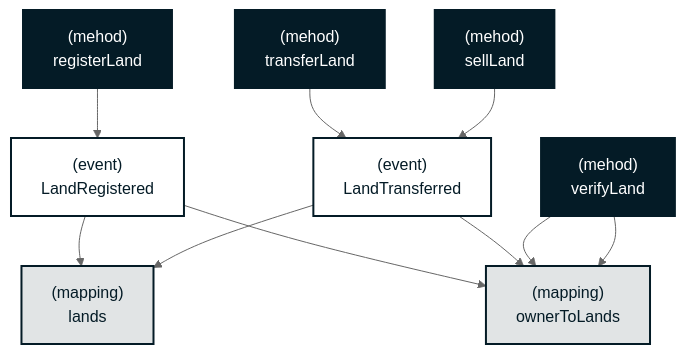
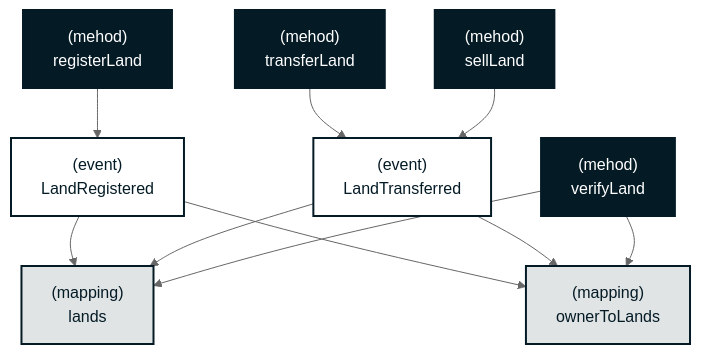
The diagram in README.md (block-foundation/solidity-land-registry), drawn with Mermaid (neutral theme) before and after one commit.

````diff
--- a/README.md
+++ b/README.md
@@ -120,38 +120,38 @@
 ``` mermaid
 flowchart TD
 
     registerLand["(mehod)
     registerLand"]:::class_dark
     transferLand["(mehod)
     transferLand"]:::class_dark
     sellLand["(mehod)
     sellLand"]:::class_dark
     verifyLand["(mehod)
     verifyLand"]:::class_dark
 
     LandRegistered["(event)
     LandRegistered"]:::class_light
     LandTransferred["(event)
     LandTransferred"]:::class_light
 
     lands["(mapping)
     lands"]:::class_neutral
     ownerToLands["(mapping)
     ownerToLands"]:::class_neutral
 
 
     registerLand --> LandRegistered
     transferLand --> LandTransferred
     sellLand --> LandTransferred
     LandRegistered --> lands
     LandTransferred --> lands
     LandRegistered --> ownerToLands
     LandTransferred --> ownerToLands
-    verifyLand --> ownerToLands
+    verifyLand --> lands
     verifyLand --> ownerToLands
 
     classDef class_light fill:#FFFFFF,color:#041B26,stroke:#041B26,stroke-width:2px;
     classDef class_neutral fill:#E1E4E5,color:#041B26,stroke:#041B26,stroke-width:2px;
     classDef class_dark fill:#041B26,color:#FFFFFF,stroke:#041B26,stroke-width:2px;
 
 ```
````
